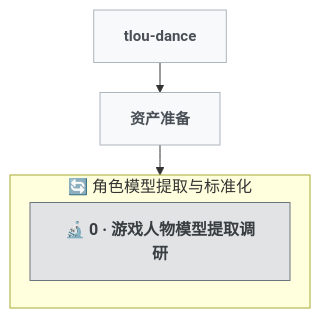
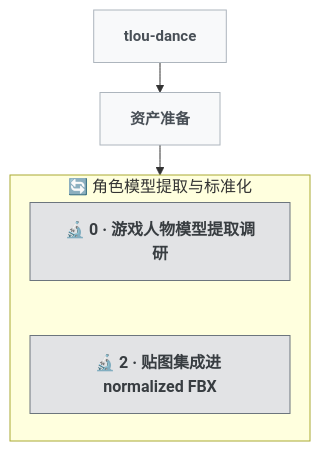
One commit to pkulijing/tlou-dance changed the diagram in docs/DEVTREE.md. Above: the diagram before and after it, drawn with Mermaid. The commit also changed other lines of this file and 18 other files, not shown here.

First line of the commit message:
feat(round-2): 贴图集成 pipeline + 41 单测，spike 因 DDS 解码失败未交付

````diff
--- a/docs/DEVTREE.md
+++ b/docs/DEVTREE.md
@@ -16,20 +16,22 @@
 ```mermaid
 %%{init: {'flowchart': {'rankSpacing': 30, 'nodeSpacing': 20}}}%%
 graph TD
   classDef genesis  fill:#d4edda,stroke:#28a745,color:#155724,font-weight:bold
   classDef feature  fill:#cce5ff,stroke:#0d6efd,color:#003d8f,font-weight:bold
   classDef bugfix   fill:#f8d7da,stroke:#dc3545,color:#721c24,font-weight:bold
   classDef refactor fill:#fff3cd,stroke:#ffc107,color:#664d03,font-weight:bold
   classDef infra    fill:#e2d9f3,stroke:#6f42c1,color:#3d1a78,font-weight:bold
   classDef research fill:#e2e3e5,stroke:#6c757d,color:#383d41,font-weight:bold
   classDef epic     fill:#f8f9fa,stroke:#adb5bd,color:#495057,font-weight:bold,font-size:15px
 
   ROOT["tlou-dance"]:::epic
   ROOT --> ea["资产准备"]:::epic
   ea --> ea1
 
   subgraph ea1["🔄 角色模型提取与标准化"]
     direction TB
     N0["🔬 0 · 游戏人物模型提取调研"]:::research
+    N2["🔬 2 · 贴图集成进 normalized FBX"]:::research
+    N0 ~~~ N2
   end
 ```
````
